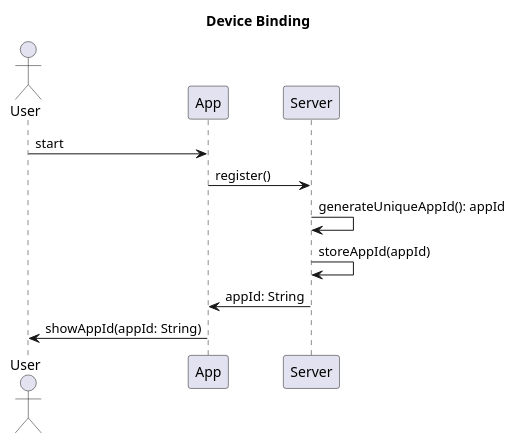
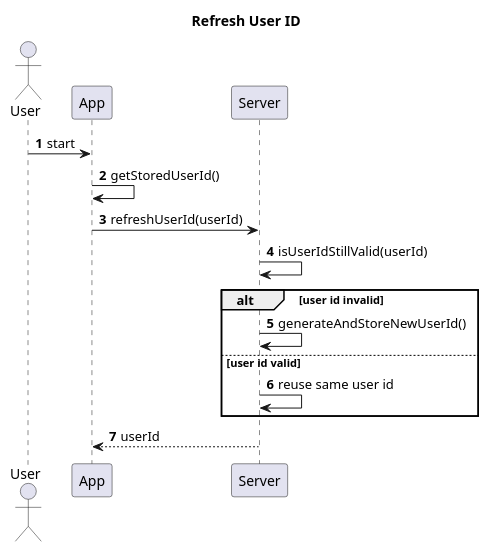
Before and after one commit to corootine/fuzzy: the diagram in docs/device-binding.puml, drawn with PlantUML. The commit also changed 7 other files, not shown here.

```diff
--- a/docs/device-binding.puml
+++ b/docs/device-binding.puml
@@ -1,13 +1,19 @@
 @startuml
-title Device Binding
-
+autonumber 1
+title Refresh User ID
 actor User
 
 User->App: start
-App->Server: register()
-Server->Server: generateUniqueAppId(): appId
-Server->Server: storeAppId(appId)
-Server->App: appId: String
-App->User: showAppId(appId: String)
+App->App: getStoredUserId()
+App->Server: refreshUserId(userId)
+Server->Server: isUserIdStillValid(userId)
+
+alt user id invalid
+  Server->Server: generateAndStoreNewUserId()
+else user id valid
+  Server->Server: reuse same user id
+end
+
+App<--Server: userId
 
 @enduml
```
